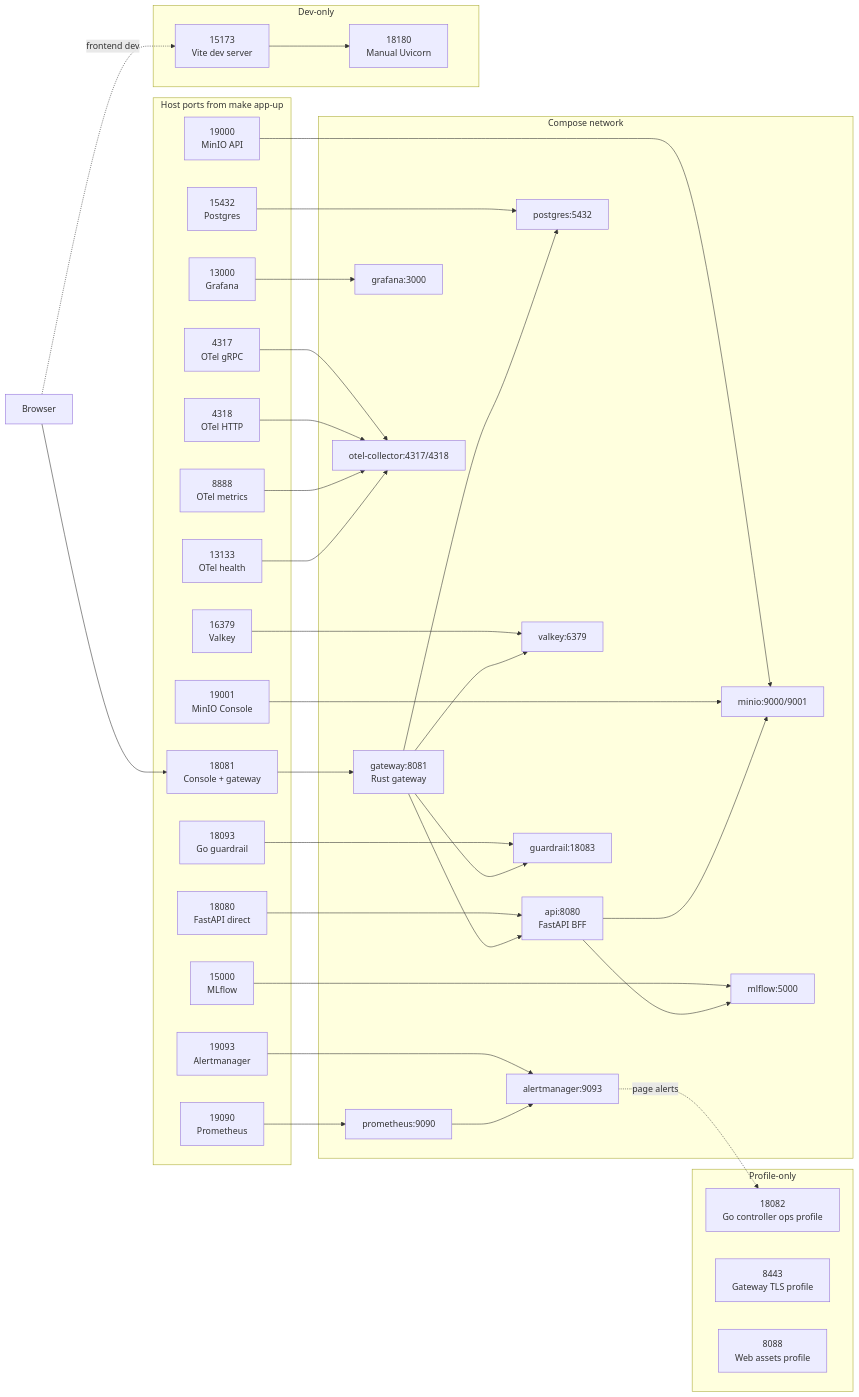
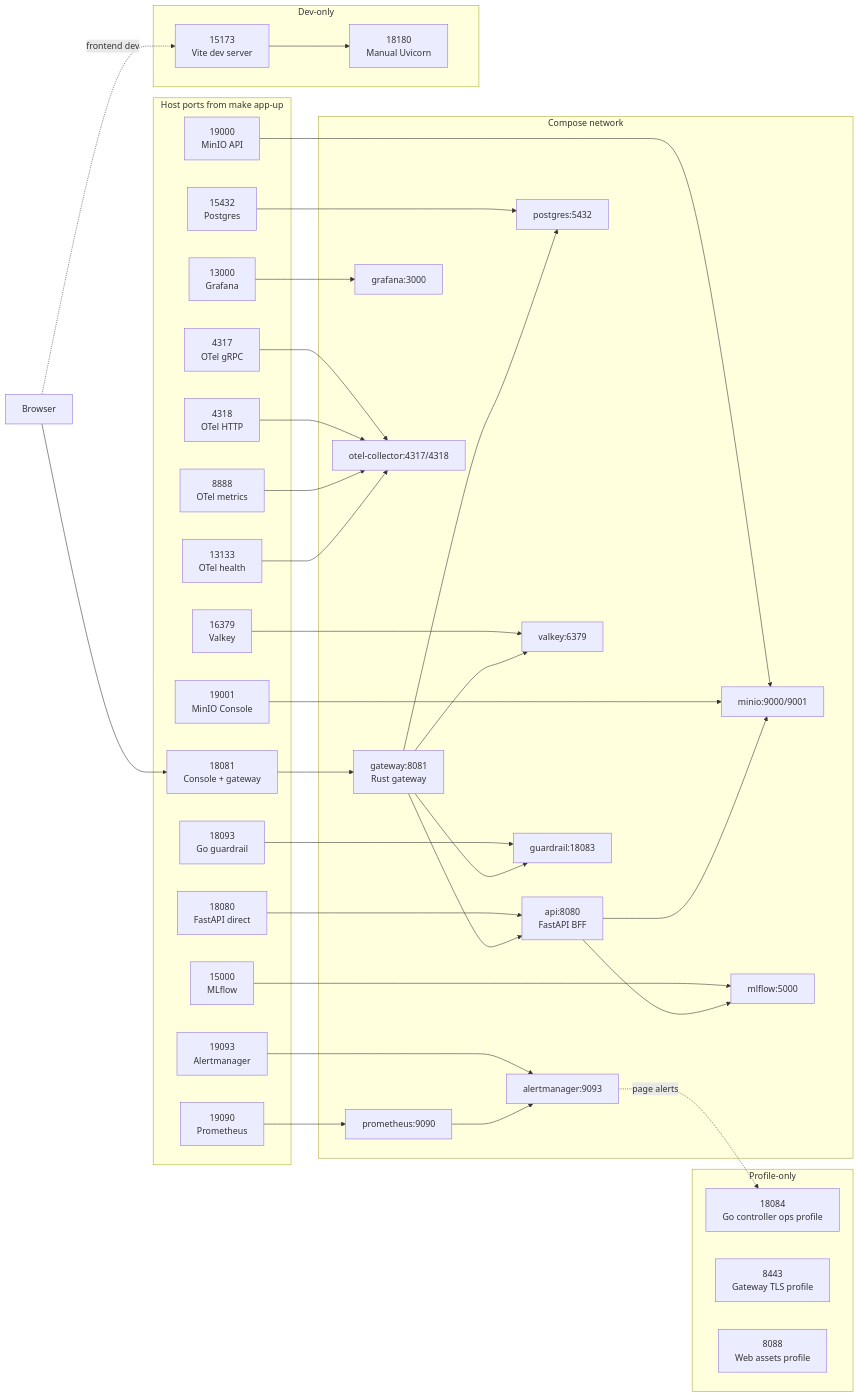
The diagram in PORT.md (trungdangtapcode/TryOps-TryON-MLOps), drawn with Mermaid before and after one commit. The commit also changed other lines of this file, not shown here.

Commit message:
update port

````diff
--- a/PORT.md
+++ b/PORT.md
@@ -7,75 +7,75 @@
 ```mermaid
 flowchart LR
   browser["Browser"]
 
   subgraph host["Host ports from make app-up"]
     h_gateway["18081<br/>Console + gateway"]
     h_api["18080<br/>FastAPI direct"]
     h_pg["15432<br/>Postgres"]
     h_valkey["16379<br/>Valkey"]
     h_minio_api["19000<br/>MinIO API"]
     h_minio_console["19001<br/>MinIO Console"]
     h_mlflow["15000<br/>MLflow"]
     h_prom["19090<br/>Prometheus"]
     h_alert["19093<br/>Alertmanager"]
     h_grafana["13000<br/>Grafana"]
     h_guardrail["18093<br/>Go guardrail"]
     h_otel_grpc["4317<br/>OTel gRPC"]
     h_otel_http["4318<br/>OTel HTTP"]
     h_otel_metrics["8888<br/>OTel metrics"]
     h_otel_health["13133<br/>OTel health"]
   end
 
   subgraph compose["Compose network"]
     gateway["gateway:8081<br/>Rust gateway"]
     api["api:8080<br/>FastAPI BFF"]
     postgres["postgres:5432"]
     valkey["valkey:6379"]
     minio["minio:9000/9001"]
     mlflow["mlflow:5000"]
     prometheus["prometheus:9090"]
     alertmanager["alertmanager:9093"]
     grafana["grafana:3000"]
     guardrail["guardrail:18083"]
     otel["otel-collector:4317/4318"]
   end
 
   subgraph dev["Dev-only"]
     vite["15173<br/>Vite dev server"]
     uvicorn["18180<br/>Manual Uvicorn"]
   end
 
   subgraph profiles["Profile-only"]
-    controller["18082<br/>Go controller ops profile"]
+    controller["18084<br/>Go controller ops profile"]
     tls["8443<br/>Gateway TLS profile"]
     assets["8088<br/>Web assets profile"]
   end
 
   browser --> h_gateway --> gateway
   browser -. frontend dev .-> vite
   vite --> uvicorn
 
   h_api --> api
   h_pg --> postgres
   h_valkey --> valkey
   h_minio_api --> minio
   h_minio_console --> minio
   h_mlflow --> mlflow
   h_prom --> prometheus
   h_alert --> alertmanager
   h_grafana --> grafana
   h_guardrail --> guardrail
   h_otel_grpc --> otel
   h_otel_http --> otel
   h_otel_metrics --> otel
   h_otel_health --> otel
 
   gateway --> api
   gateway --> guardrail
   gateway --> postgres
   gateway --> valkey
   api --> mlflow
   api --> minio
   prometheus --> alertmanager
   alertmanager -. page alerts .-> controller
 ```
````
